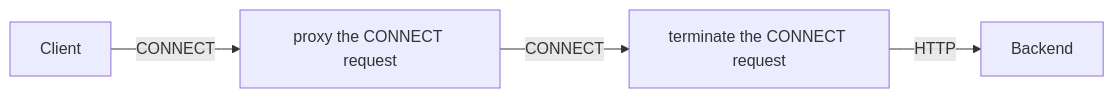
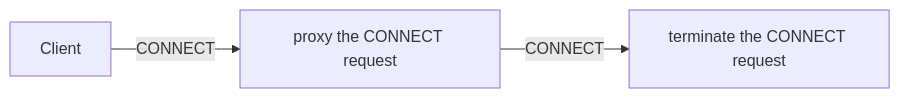
One commit to envoyproxy/gateway changed the second of 2 diagrams in site/content/en/latest/tasks/traffic/http-connect-tunnels.md. Above: the diagram before and after it, drawn with Mermaid. The commit also changed other lines of this file, not shown here.

````diff
--- a/site/content/en/latest/tasks/traffic/http-connect-tunnels.md
+++ b/site/content/en/latest/tasks/traffic/http-connect-tunnels.md
@@ -136,6 +136,5 @@
 ```mermaid
 graph LR
     Client--CONNECT-->ProxyEnvoy[proxy the CONNECT request]
-    ProxyEnvoy[proxy the CONNECT request]--CONNECT-->TerminateEnvoy[terminate the CONNECT request]
-    TerminateEnvoy[terminate the CONNECT request]--HTTP-->Backend
+    ProxyEnvoy[proxy the CONNECT request]--CONNECT-->Backend[terminate the CONNECT request]
 ```
````
